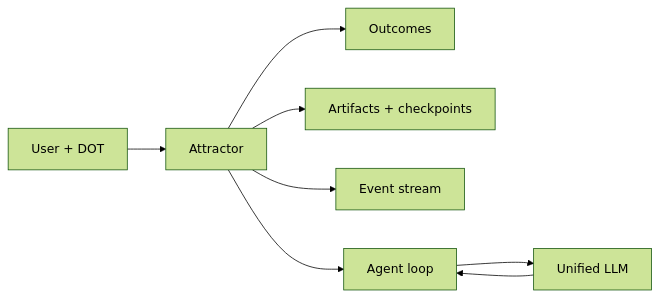
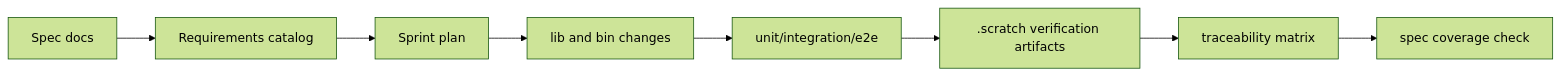
The fourth of 5 diagrams in docs/sprints/SPRINT-003-close-spec-parity-tcl.md (jaytaylor/attractor-tcl), drawn with Mermaid (forest theme) before and after one commit. The commit also changed other lines of this file, not shown here.

Commit message:
docs: mark sprint 003 close-spec plan fully complete with final verification evidence

````diff
--- a/docs/sprints/SPRINT-003-close-spec-parity-tcl.md
+++ b/docs/sprints/SPRINT-003-close-spec-parity-tcl.md
@@ -898,11 +765,10 @@
 ```mermaid
-%% Source: .scratch/diagrams/sprint-003/dataflow.mmd
 flowchart LR
-  INPUT[User + DOT] --> ATTR[Attractor]
-  ATTR --> OUTCOME[Outcomes]
-  ATTR --> ARTIFACTS[Artifacts + checkpoints]
-  ATTR --> EVENTS[Event stream]
-  ATTR --> CAL[Agent loop]
-  CAL --> ULLM[Unified LLM]
-  ULLM --> CAL
+  SPEC[Spec docs] --> REQ[Requirements catalog]
+  REQ --> PLAN[Sprint plan]
+  PLAN --> CODE[lib and bin changes]
+  CODE --> TESTS[unit/integration/e2e]
+  TESTS --> EVIDENCE[.scratch verification artifacts]
+  EVIDENCE --> TRACE[traceability matrix]
+  TRACE --> COVERAGE[spec coverage check]
 ```
````
